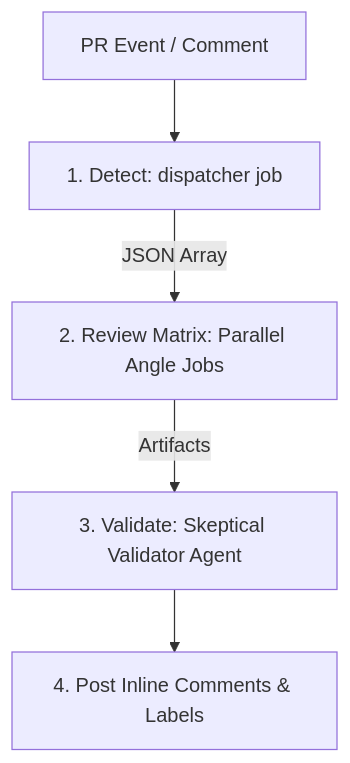
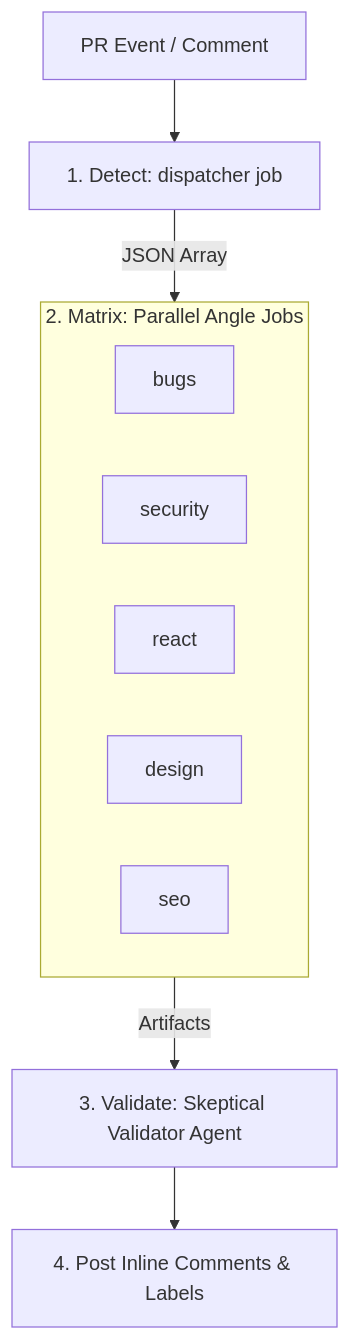
Before and after one commit to howarewoo/woo-review: the diagram in README.md, drawn with Mermaid.

Commit message:
docs: update mermaid diagram to show parallel angle jobs

````diff
--- a/README.md
+++ b/README.md
@@ -13,7 +13,17 @@
 ```mermaid
 graph TD
     Trigger[PR Event / Comment] --> Detect[1. Detect: dispatcher job]
-    Detect -- JSON Array --> Matrix[2. Review Matrix: Parallel Angle Jobs]
-    Matrix -- Artifacts --> Validate[3. Validate: Skeptical Validator Agent]
+    
+    subgraph Parallel_Audits [2. Matrix: Parallel Angle Jobs]
+        direction LR
+        Angle_Bugs[bugs]
+        Angle_Security[security]
+        Angle_React[react]
+        Angle_Design[design]
+        Angle_SEO[seo]
+    end
+    
+    Detect -- "JSON Array" --> Parallel_Audits
+    Parallel_Audits -- "Artifacts" --> Validate[3. Validate: Skeptical Validator Agent]
     Validate --> Post[4. Post Inline Comments & Labels]
 ```
````
